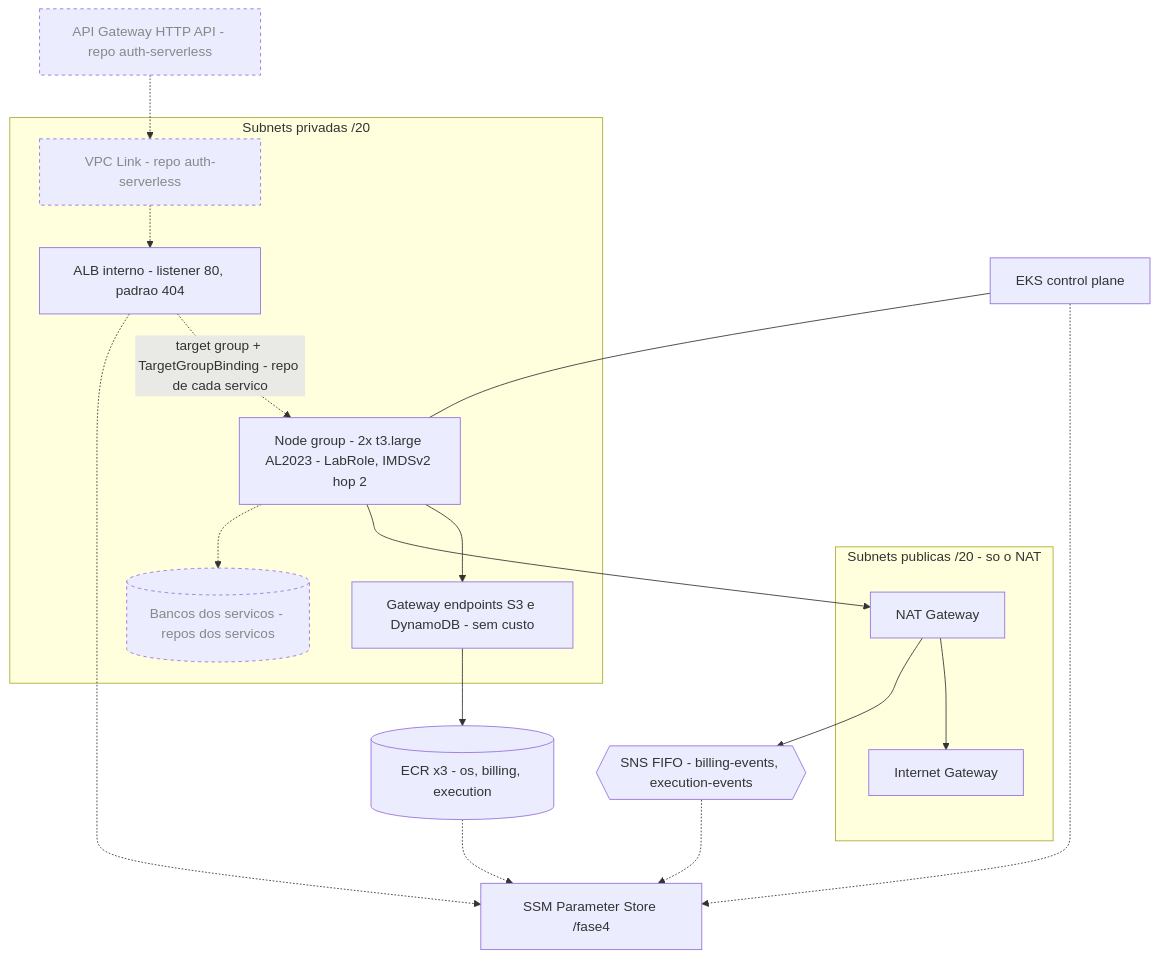
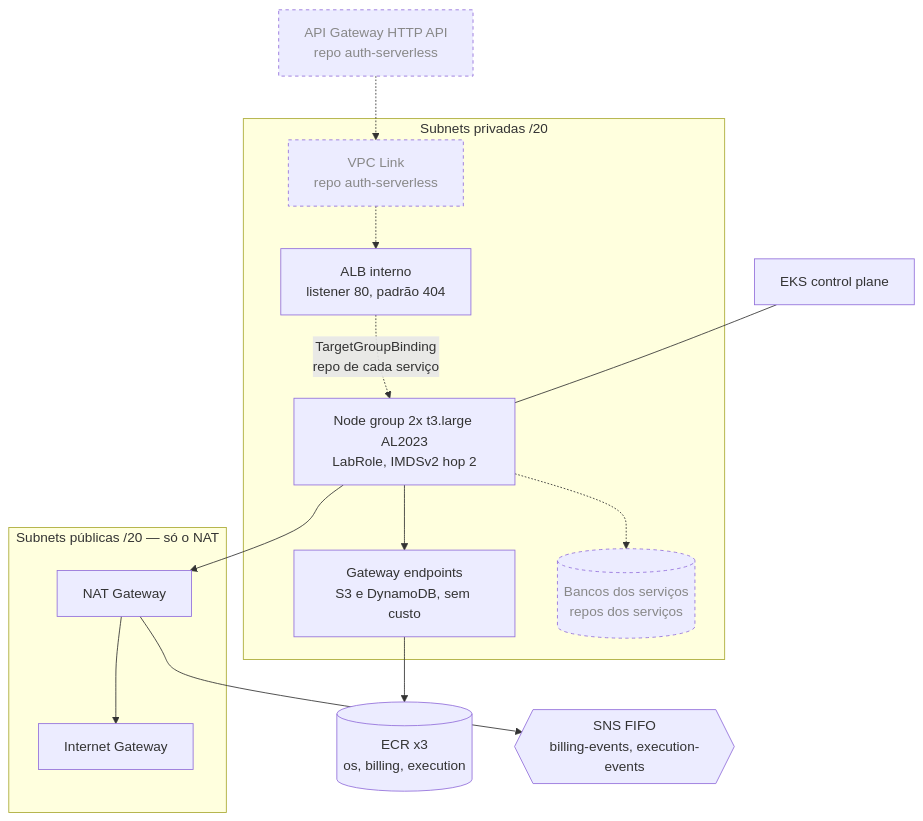
The diagram in README.md (CleytonOngaratto/fiap-fase4-infra-k8s), drawn with Mermaid before and after one commit. The commit also changed other lines of this file and 1 other file, not shown here.

Commit message:
docs: list the platform technologies and link the lab trade-offs (#11)

````diff
--- a/README.md
+++ b/README.md
@@ -36,39 +36,34 @@
 ```mermaid
 flowchart TB
-    APIGW["API Gateway HTTP API - repo auth-serverless"]
+    APIGW["API Gateway HTTP API<br/>repo auth-serverless"]
     EKS["EKS control plane"]
-    ECR[("ECR x3 - os, billing, execution")]
-    SNS{{"SNS FIFO - billing-events, execution-events"}}
-    SSM["SSM Parameter Store /fase4"]
+    ECR[("ECR x3<br/>os, billing, execution")]
+    SNS{{"SNS FIFO<br/>billing-events, execution-events"}}
 
-    subgraph PUB["Subnets publicas /20 - so o NAT"]
+    subgraph PUB["Subnets públicas /20 — só o NAT"]
         NAT["NAT Gateway"]
         IGW["Internet Gateway"]
     end
 
     subgraph PRIV["Subnets privadas /20"]
-        VPCL["VPC Link - repo auth-serverless"]
-        ALB["ALB interno - listener 80, padrao 404"]
-        NODES["Node group - 2x t3.large AL2023 - LabRole, IMDSv2 hop 2"]
-        EPS["Gateway endpoints S3 e DynamoDB - sem custo"]
-        DBS[("Bancos dos servicos - repos dos servicos")]
+        VPCL["VPC Link<br/>repo auth-serverless"]
+        ALB["ALB interno<br/>listener 80, padrão 404"]
+        NODES["Node group 2x t3.large AL2023<br/>LabRole, IMDSv2 hop 2"]
+        EPS["Gateway endpoints<br/>S3 e DynamoDB, sem custo"]
+        DBS[("Bancos dos serviços<br/>repos dos serviços")]
     end
 
     APIGW -.-> VPCL
     VPCL -.-> ALB
-    ALB -.->|"target group + TargetGroupBinding - repo de cada servico"| NODES
+    ALB -.->|"TargetGroupBinding<br/>repo de cada serviço"| NODES
     EKS --- NODES
     NODES --> EPS
     EPS --> ECR
     NODES --> NAT
     NAT --> IGW
     NAT --> SNS
     NODES -.-> DBS
-    EKS -.-> SSM
-    ALB -.-> SSM
-    SNS -.-> SSM
-    ECR -.-> SSM
 
     classDef outro stroke-dasharray:4 4,color:#888
     class APIGW,VPCL,DBS outro
 ```
````
